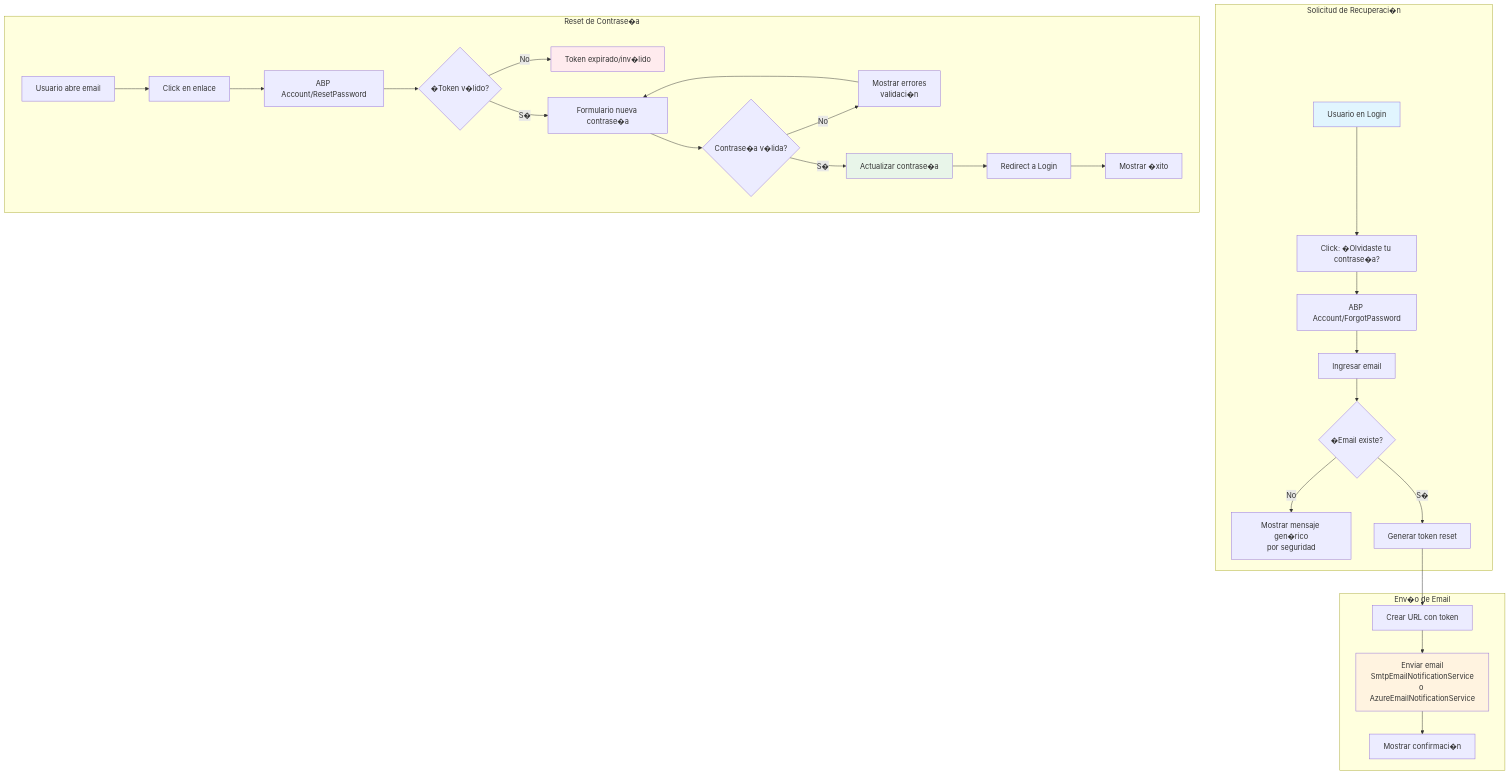
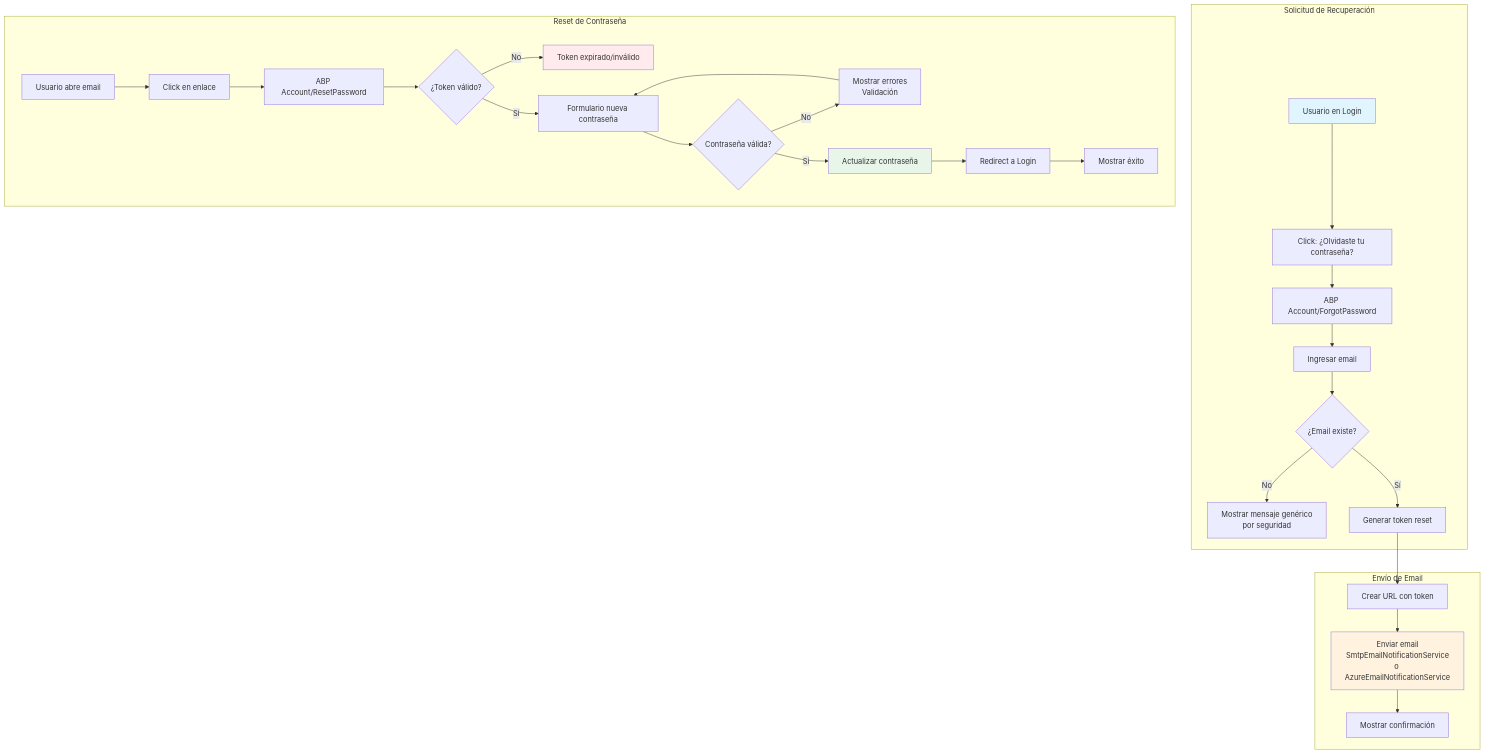
One commit to Pedro-Samuel-Rodriguez-Caudillo/cima changed the second of 3 diagrams in docs/AUTH_FLOW.md. Above: the diagram before and after it, drawn with Mermaid. The commit also changed other lines of this file and 27 other files, not shown here.

````diff
--- a/docs/AUTH_FLOW.md
+++ b/docs/AUTH_FLOW.md
@@ -67,36 +67,36 @@
 ```mermaid
 flowchart TD
-    subgraph "Solicitud de Recuperaci�n"
-        A[Usuario en Login] --> B[Click: �Olvidaste tu contrase�a?]
+    subgraph "Solicitud de Recuperación"
+        A[Usuario en Login] --> B[Click: ¿Olvidaste tu contraseña?]
         B --> C[ABP Account/ForgotPassword]
         C --> D[Ingresar email]
-        D --> E{�Email existe?}
-        E -->|No| F[Mostrar mensaje gen�rico<br/>por seguridad]
-        E -->|S�| G[Generar token reset]
+        D --> E{¿Email existe?}
+        E -->|No| F[Mostrar mensaje genérico<br/>por seguridad]
+        E -->|Sí| G[Generar token reset]
     end
 
-    subgraph "Env�o de Email"
+    subgraph "Envío de Email"
         G --> H[Crear URL con token]
         H --> I[Enviar email<br/>SmtpEmailNotificationService<br/>o AzureEmailNotificationService]
-        I --> J[Mostrar confirmaci�n]
+        I --> J[Mostrar confirmación]
     end
 
-    subgraph "Reset de Contrase�a"
+    subgraph "Reset de Contraseña"
         K[Usuario abre email] --> L[Click en enlace]
         L --> M[ABP Account/ResetPassword]
-        M --> N{�Token v�lido?}
-        N -->|No| O[Token expirado/inv�lido]
-        N -->|S�| P[Formulario nueva contrase�a]
-        P --> Q{Contrase�a v�lida?}
-        Q -->|No| R[Mostrar errores<br/>validaci�n]
+        M --> N{¿Token válido?}
+        N -->|No| O[Token expirado/inválido]
+        N -->|Sí| P[Formulario nueva contraseña]
+        P --> Q{Contraseña válida?}
+        Q -->|No| R[Mostrar errores<br/>Validación]
         R --> P
-        Q -->|S�| S[Actualizar contrase�a]
+        Q -->|Sí| S[Actualizar contraseña]
         S --> T[Redirect a Login]
-        T --> U[Mostrar �xito]
+        T --> U[Mostrar éxito]
     end
 
     style A fill:#e1f5fe
     style I fill:#fff3e0
     style S fill:#e8f5e9
     style O fill:#ffebee
 ```
````
